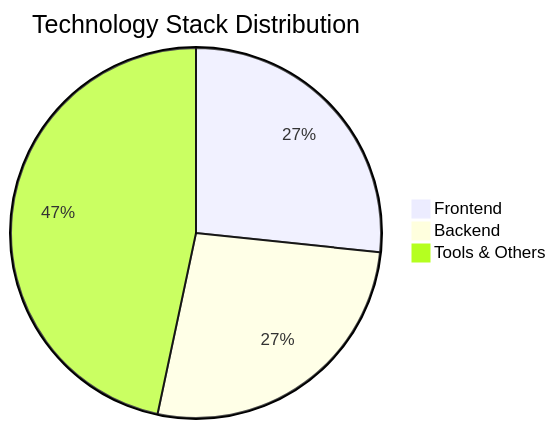
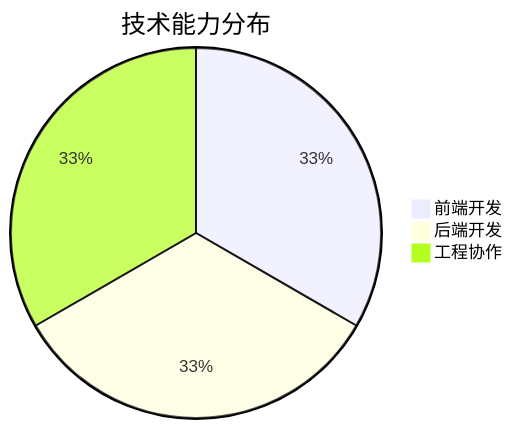
Before and after one commit to geekmister/geekmister: the diagram in README.md, drawn with Mermaid. The commit also changed other lines of this file, not shown here.

````diff
--- a/README.md
+++ b/README.md
@@ -187,6 +82,6 @@
 ```mermaid
-pie title Technology Stack Distribution
-    "Frontend" : 4
-    "Backend" : 4
-    "Tools & Others" : 7
+pie title 技术能力分布
+    "前端开发" : 4
+    "后端开发" : 4
+    "工程协作" : 4
 ```
````
